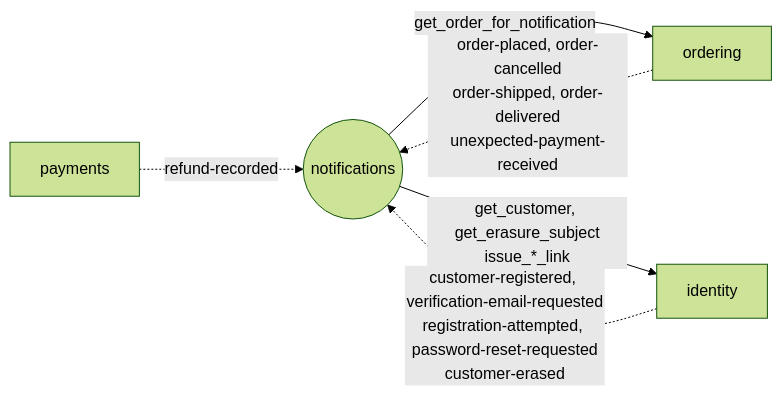
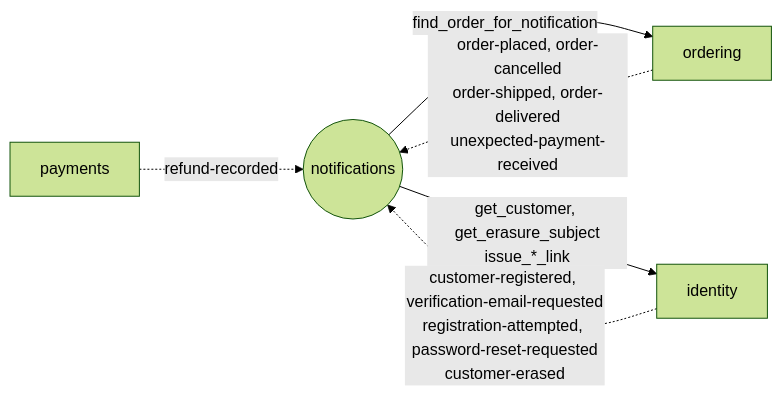
The diagram in docs/architecture/modules/notifications.md (LuongCongThanh/fashion-store-backend), drawn with Mermaid (forest theme) before and after one commit. The commit also changed other lines of this file and 12 other files, not shown here.

````diff
--- a/docs/architecture/modules/notifications.md
+++ b/docs/architecture/modules/notifications.md
@@ -30,9 +30,9 @@
 ```mermaid
 graph LR
-    notifications((notifications)) -->|"get_order_for_notification"| ordering
+    notifications((notifications)) -->|"find_order_for_notification"| ordering
     notifications -->|"get_customer, get_erasure_subject<br/>issue_*_link"| identity
 
     identity -.->|"customer-registered, verification-email-requested<br/>registration-attempted, password-reset-requested<br/>customer-erased"| notifications
     ordering -.->|"order-placed, order-cancelled<br/>order-shipped, order-delivered<br/>unexpected-payment-received"| notifications
     payments -.->|"refund-recorded"| notifications
 ```
````
